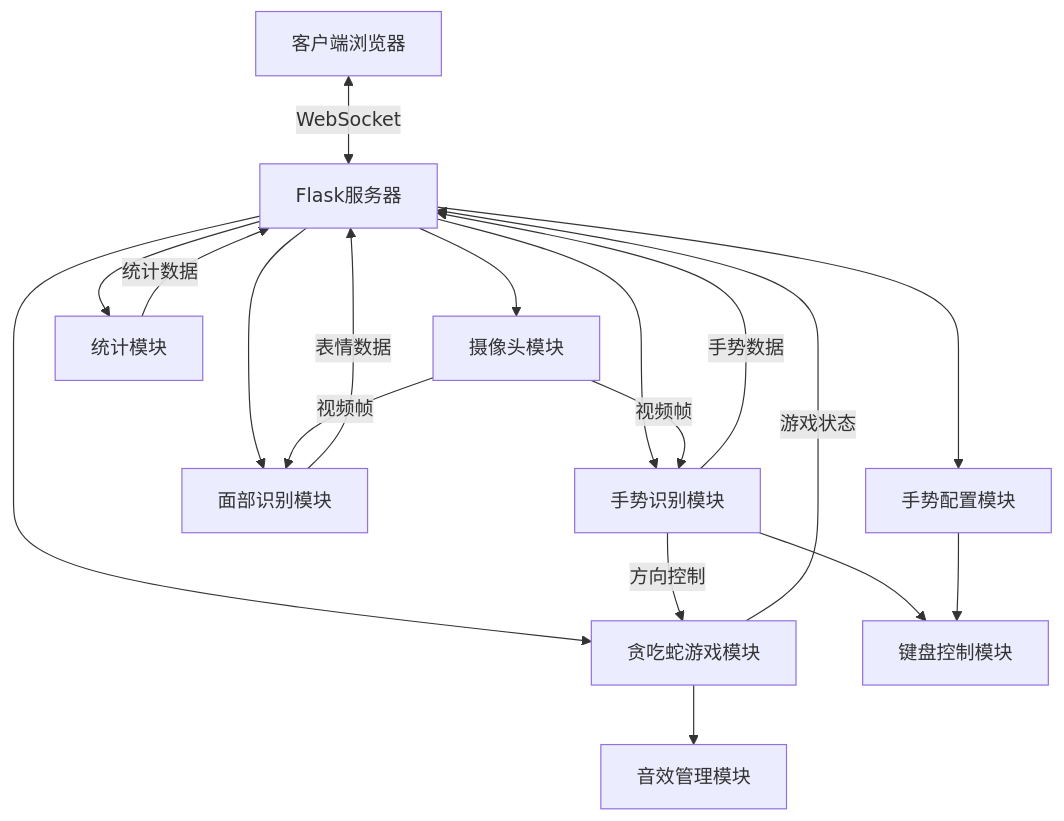
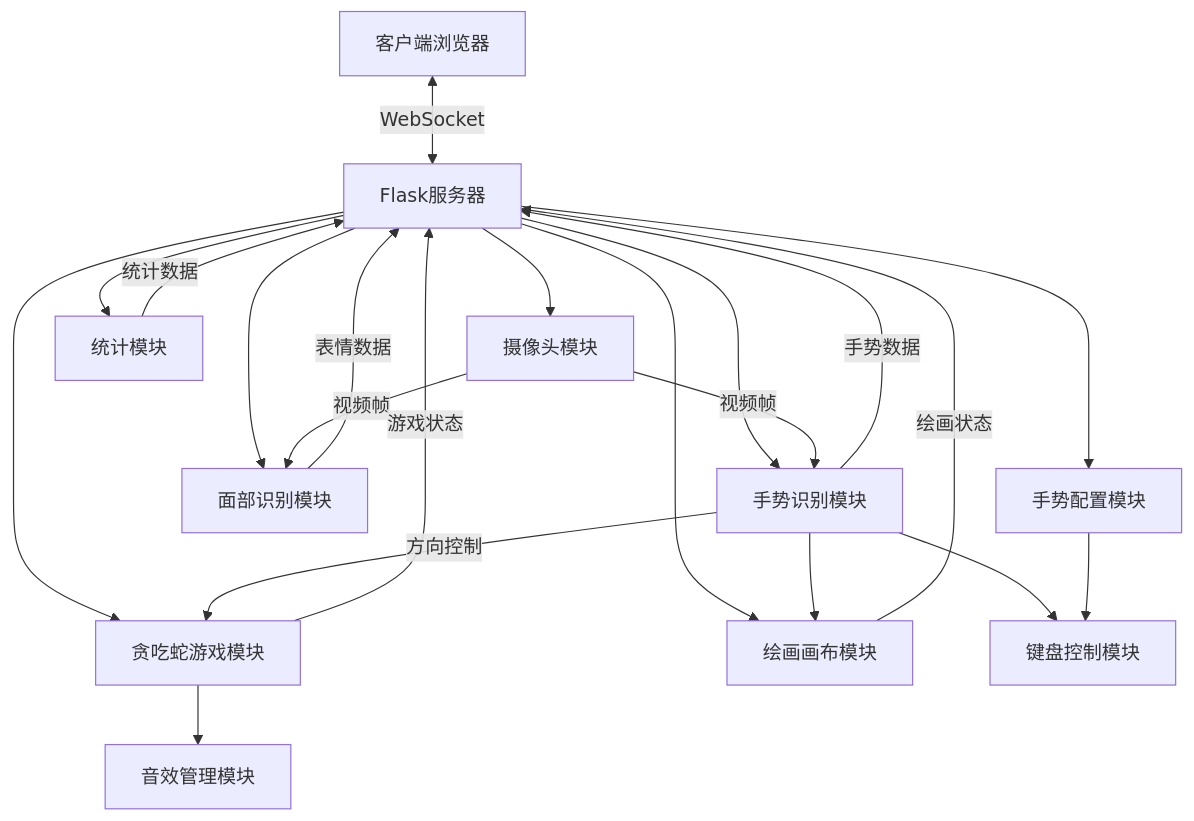
Before and after one commit to lessismoretest/NowYouSeeMe: the diagram in README.md, drawn with Mermaid. The commit also changed other lines of this file and 6 other files, not shown here.

````diff
--- a/README.md
+++ b/README.md
@@ -17,21 +18,24 @@
 ```mermaid
 graph TD
     A[客户端浏览器] <-->|WebSocket| B[Flask服务器]
     B --> C[摄像头模块]
     B --> D[手势识别模块]
     B --> E[面部识别模块]
     B --> F[贪吃蛇游戏模块]
     B --> G[统计模块]
     B --> I[手势配置模块]
+    B --> K[绘画画布模块]
     F --> H[音效管理模块]
     D --> J[键盘控制模块]
     I --> J
+    D --> K
     
     C -->|视频帧| D
     C -->|视频帧| E
     D -->|手势数据| B
     E -->|表情数据| B
     D -->|方向控制| F
     F -->|游戏状态| B
     G -->|统计数据| B
+    K -->|绘画状态| B
 ```
````
